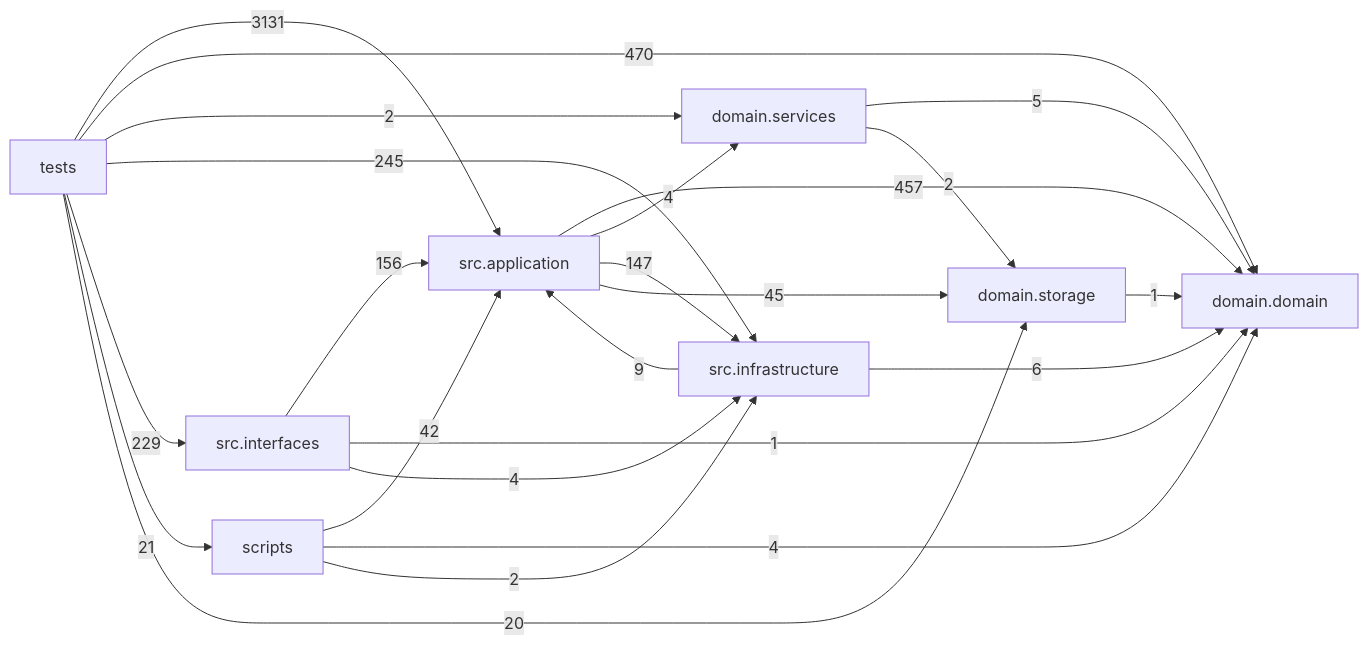
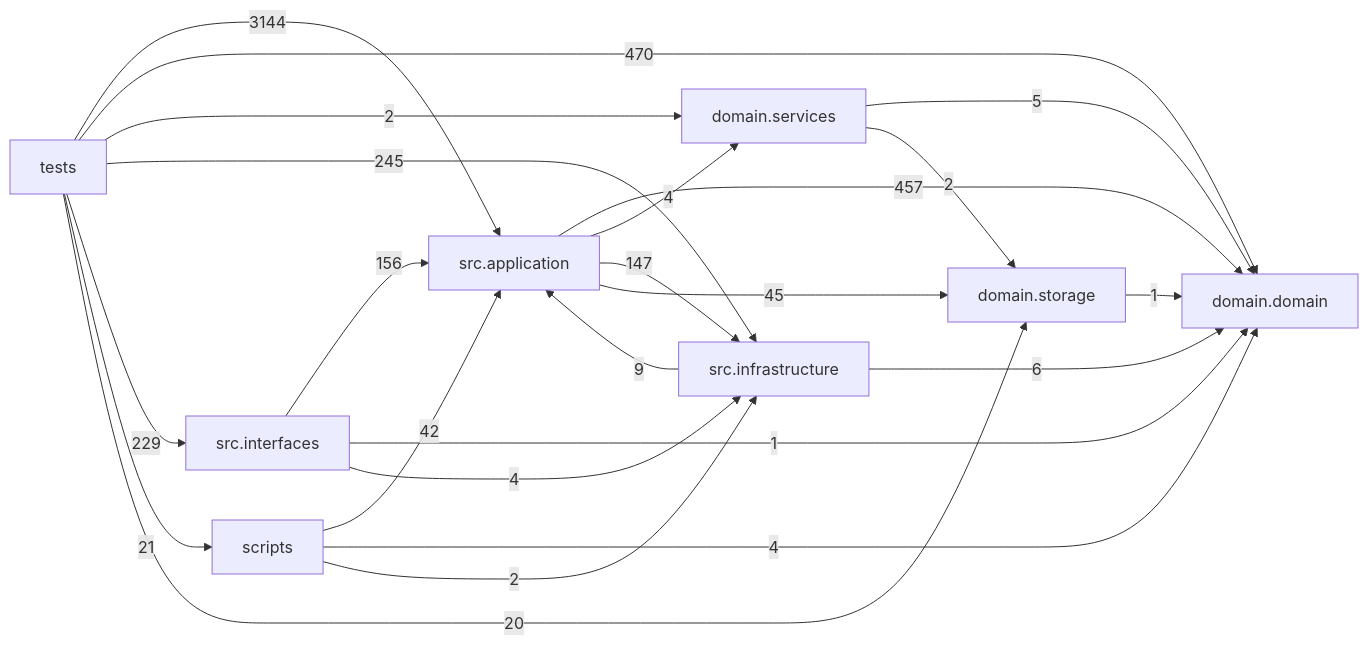
One commit to liuxie066/options-monitor changed the diagram in docs/DEPENDENCY_GRAPH.md. Above: the diagram before and after it, drawn with Mermaid. The commit also changed other lines of this file and 1 other file, not shown here.

````diff
--- a/docs/DEPENDENCY_GRAPH.md
+++ b/docs/DEPENDENCY_GRAPH.md
@@ -24,33 +24,33 @@
 ```mermaid
 flowchart LR
   tests["tests"]
   scripts["scripts"]
   interfaces["src.interfaces"]
   application["src.application"]
   infrastructure["src.infrastructure"]
   domain_services["domain.services"]
   domain["domain.domain"]
   storage["domain.storage"]
   application -->|457| domain
   application -->|4| domain_services
   application -->|147| infrastructure
   application -->|45| storage
   domain_services -->|5| domain
   domain_services -->|2| storage
   infrastructure -->|9| application
   infrastructure -->|6| domain
   interfaces -->|156| application
   interfaces -->|1| domain
   interfaces -->|4| infrastructure
   scripts -->|42| application
   scripts -->|4| domain
   scripts -->|2| infrastructure
   storage -->|1| domain
-  tests -->|3131| application
+  tests -->|3144| application
   tests -->|470| domain
   tests -->|2| domain_services
   tests -->|245| infrastructure
   tests -->|229| interfaces
   tests -->|21| scripts
   tests -->|20| storage
 ```
````
